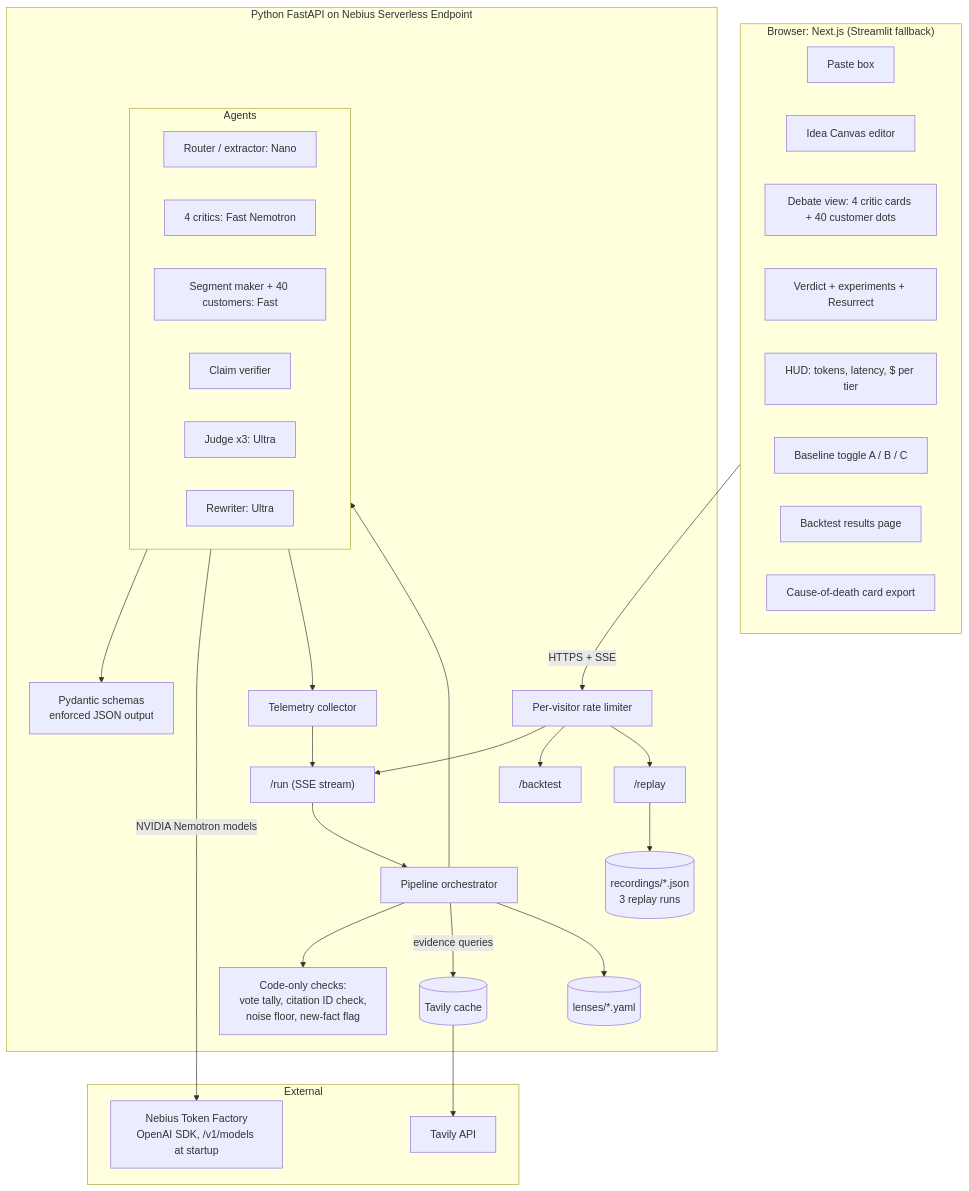
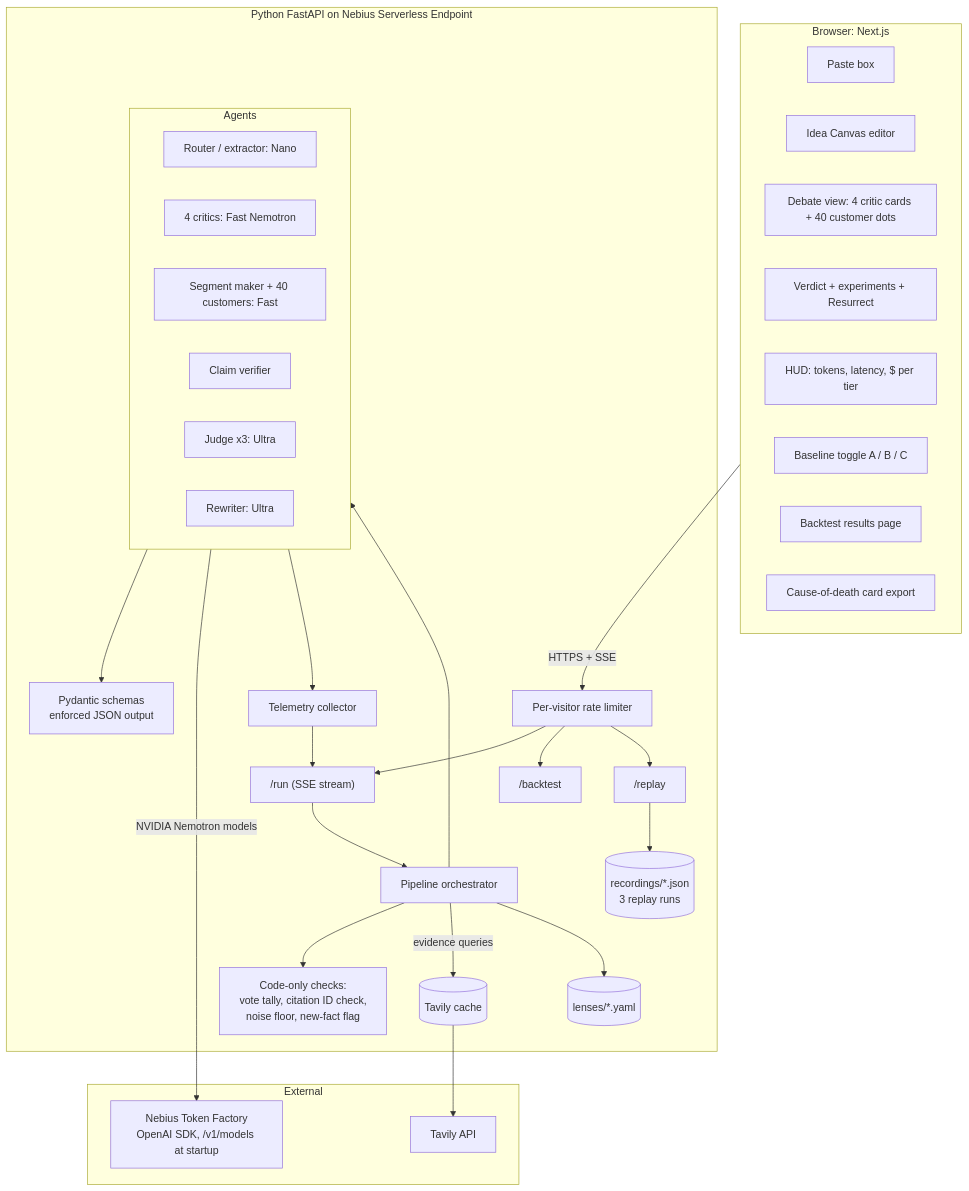
One commit to Ayesha123-kh/nvidia-hackathon changed the first of 2 diagrams in docs/ARCHITECTURE.md. Above: the diagram before and after it, drawn with Mermaid. The commit also changed other lines of this file and 2 other files, not shown here.

Commit message:
Update documentation and project tracker

````diff
--- a/docs/ARCHITECTURE.md
+++ b/docs/ARCHITECTURE.md
@@ -5,50 +5,50 @@
 ```mermaid
 flowchart TB
-    subgraph Client["Browser: Next.js (Streamlit fallback)"]
+    subgraph Client["Browser: Next.js"]
         UI1[Paste box]
         UI2[Idea Canvas editor]
         UI3[Debate view: 4 critic cards + 40 customer dots]
         UI4[Verdict + experiments + Resurrect]
         UI5[HUD: tokens, latency, $ per tier]
         UI6[Baseline toggle A / B / C]
         UI7[Backtest results page]
         UI8[Cause-of-death card export]
     end
 
     subgraph API["Python FastAPI on Nebius Serverless Endpoint"]
         EP1["/run  (SSE stream)"]
         EP2["/backtest"]
         EP3["/replay"]
         RL[Per-visitor rate limiter]
         ORCH[Pipeline orchestrator]
         subgraph Agents
             A1[Router / extractor: Nano]
             A2[4 critics: Fast Nemotron]
             A3[Segment maker + 40 customers: Fast]
             A4[Claim verifier]
             A5[Judge x3: Ultra]
             A6[Rewriter: Ultra]
         end
         CODE["Code-only checks:<br/>vote tally, citation ID check,<br/>noise floor, new-fact flag"]
         LENSES[(lenses/*.yaml)]
         CACHE[(Tavily cache)]
         REC[(recordings/*.json<br/>3 replay runs)]
         TEL[Telemetry collector]
         SCHEMA[Pydantic schemas<br/>enforced JSON output]
     end
 
     subgraph External
         TF["Nebius Token Factory<br/>OpenAI SDK, /v1/models at startup"]
         TAV[Tavily API]
     end
 
     Client -- HTTPS + SSE --> RL --> EP1 & EP2 & EP3
     EP1 --> ORCH --> Agents
     ORCH --> CODE
     Agents --> SCHEMA
     Agents -- NVIDIA Nemotron models --> TF
     ORCH -- evidence queries --> CACHE --> TAV
     ORCH --> LENSES
     Agents --> TEL --> EP1
     EP3 --> REC
 ```
````
